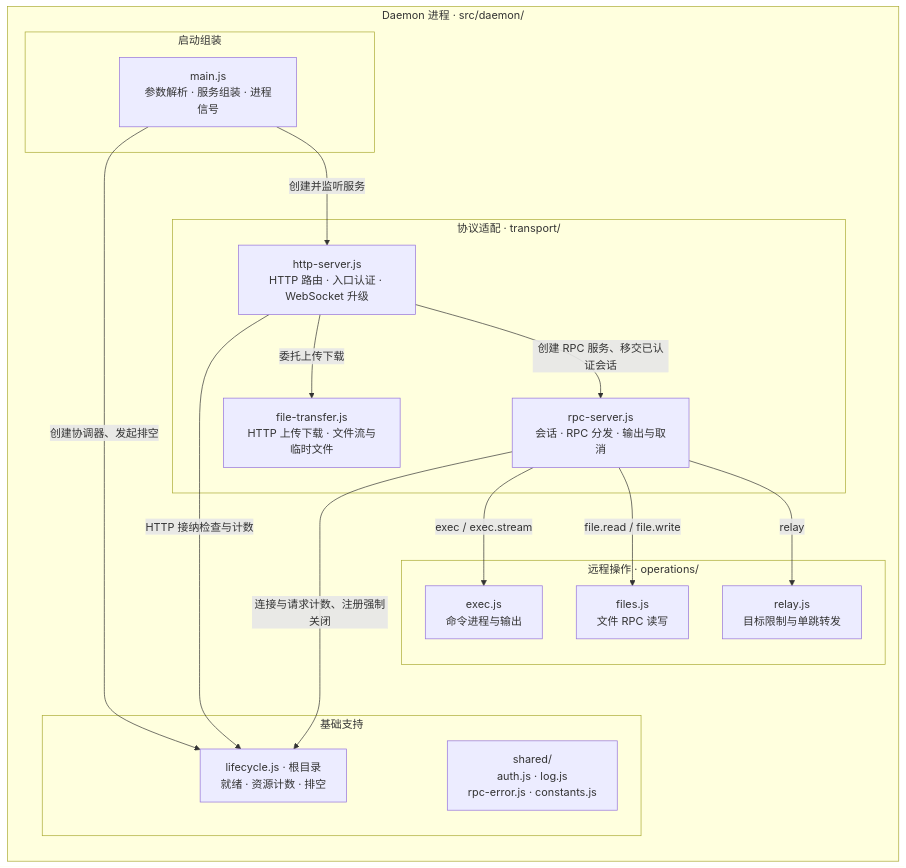
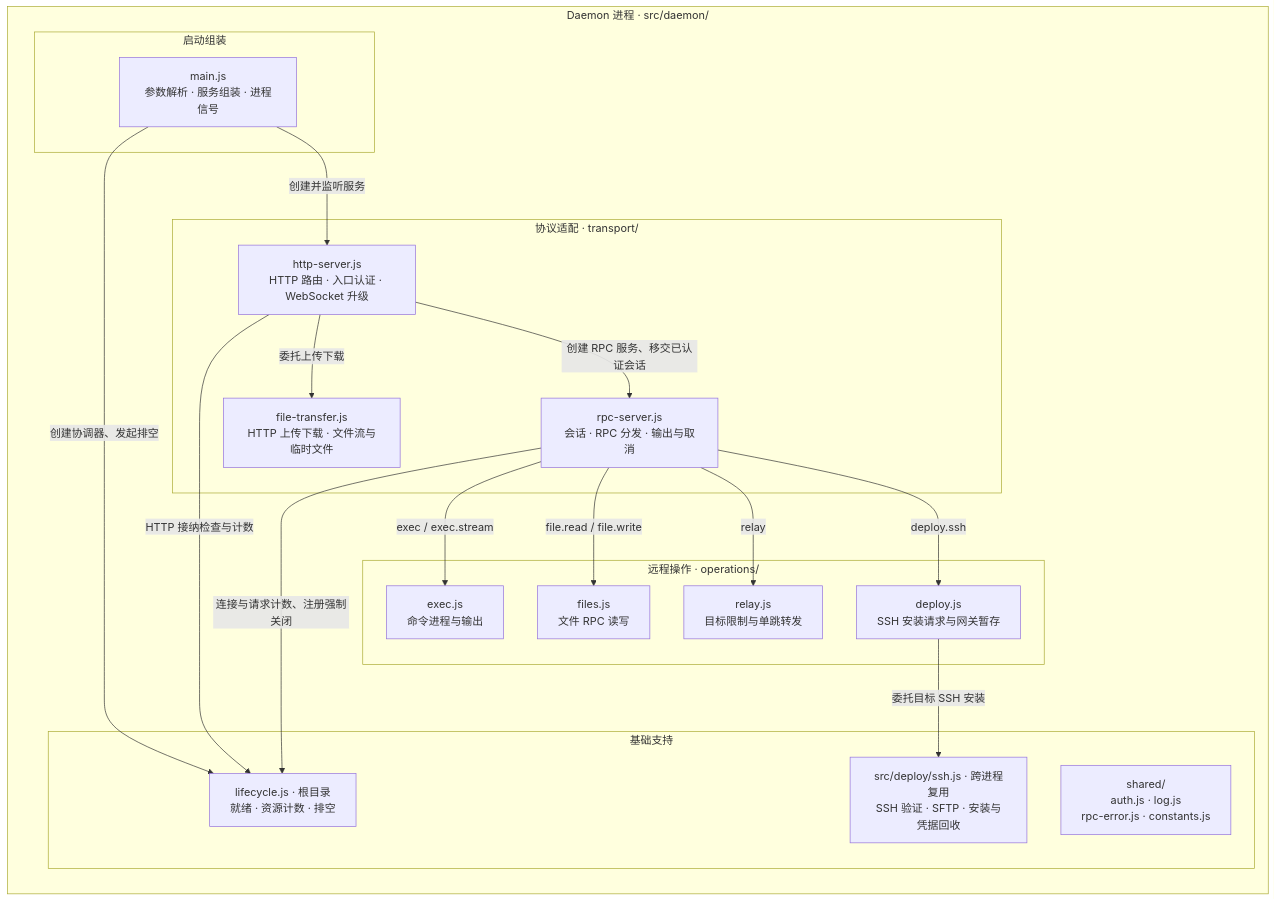
The diagram in docs/architecture/ARCHITECTURE.md (JhihJian/remote-exec), drawn with Mermaid before and after one commit. The commit also changed other lines of this file and 24 other files, not shown here.

````diff
--- a/docs/architecture/ARCHITECTURE.md
+++ b/docs/architecture/ARCHITECTURE.md
@@ -15,33 +15,37 @@
 ```mermaid
 flowchart TB
     subgraph daemon["Daemon 进程 · src/daemon/"]
         direction TB
         subgraph assembly["启动组装"]
             main["main.js<br/>参数解析 · 服务组装 · 进程信号"]
         end
         subgraph transport["协议适配 · transport/"]
             http["http-server.js<br/>HTTP 路由 · 入口认证 · WebSocket 升级"]
             rpc["rpc-server.js<br/>会话 · RPC 分发 · 输出与取消"]
             transfer["file-transfer.js<br/>HTTP 上传下载 · 文件流与临时文件"]
         end
         subgraph operations["远程操作 · operations/"]
             exec["exec.js<br/>命令进程与输出"]
             files["files.js<br/>文件 RPC 读写"]
             relay["relay.js<br/>目标限制与单跳转发"]
+            deploy["deploy.js<br/>SSH 安装请求与网关暂存"]
         end
         subgraph foundation["基础支持"]
             lifecycle["lifecycle.js · 根目录<br/>就绪 · 资源计数 · 排空"]
             shared["shared/<br/>auth.js · log.js<br/>rpc-error.js · constants.js"]
+            ssh["src/deploy/ssh.js · 跨进程复用<br/>SSH 验证 · SFTP · 安装与凭据回收"]
         end
         main -->|创建并监听服务| http
         main -->|创建协调器、发起排空| lifecycle
         http -->|创建 RPC 服务、移交已认证会话| rpc
         http -->|委托上传下载| transfer
         rpc -->|exec / exec.stream| exec
         rpc -->|file.read / file.write| files
         rpc -->|relay| relay
+        rpc -->|deploy.ssh| deploy
+        deploy -->|委托目标 SSH 安装| ssh
         http -->|HTTP 接纳检查与计数| lifecycle
         rpc -->|连接与请求计数、注册强制关闭| lifecycle
         operations ~~~ foundation
     end
 ```
````
